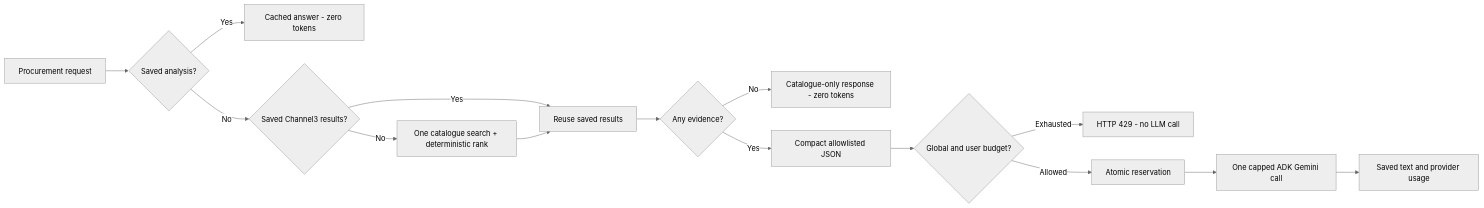
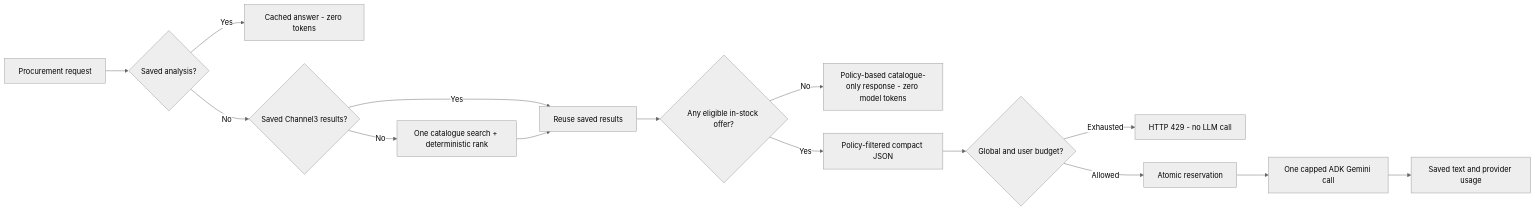
The diagram in docs/agent.md (PerezChris99/ProcurePilot-AI), drawn with Mermaid (neutral theme) before and after one commit. The commit also changed other lines of this file, not shown here.

```diff
--- a/docs/agent.md
+++ b/docs/agent.md
@@ -20,17 +20,17 @@
 ~~~mermaid
 flowchart LR
  A[Procurement request] --> B{Saved analysis?}
  B -->|Yes| C[Cached answer - zero tokens]
  B -->|No| D{Saved Channel3 results?}
  D -->|No| E[One catalogue search + deterministic rank]
  D -->|Yes| F[Reuse saved results]
  E --> F
- F --> G{Any evidence?}
- G -->|No| H[Catalogue-only response - zero tokens]
- G -->|Yes| I[Compact allowlisted JSON]
+ F --> G{Any eligible in-stock offer?}
+ G -->|No| H[Policy-based catalogue-only response - zero model tokens]
+ G -->|Yes| I[Policy-filtered compact JSON]
  I --> J{Global and user budget?}
  J -->|Exhausted| K[HTTP 429 - no LLM call]
  J -->|Allowed| L[Atomic reservation]
  L --> M[One capped ADK Gemini call]
  M --> N[Saved text and provider usage]
 ~~~
```
